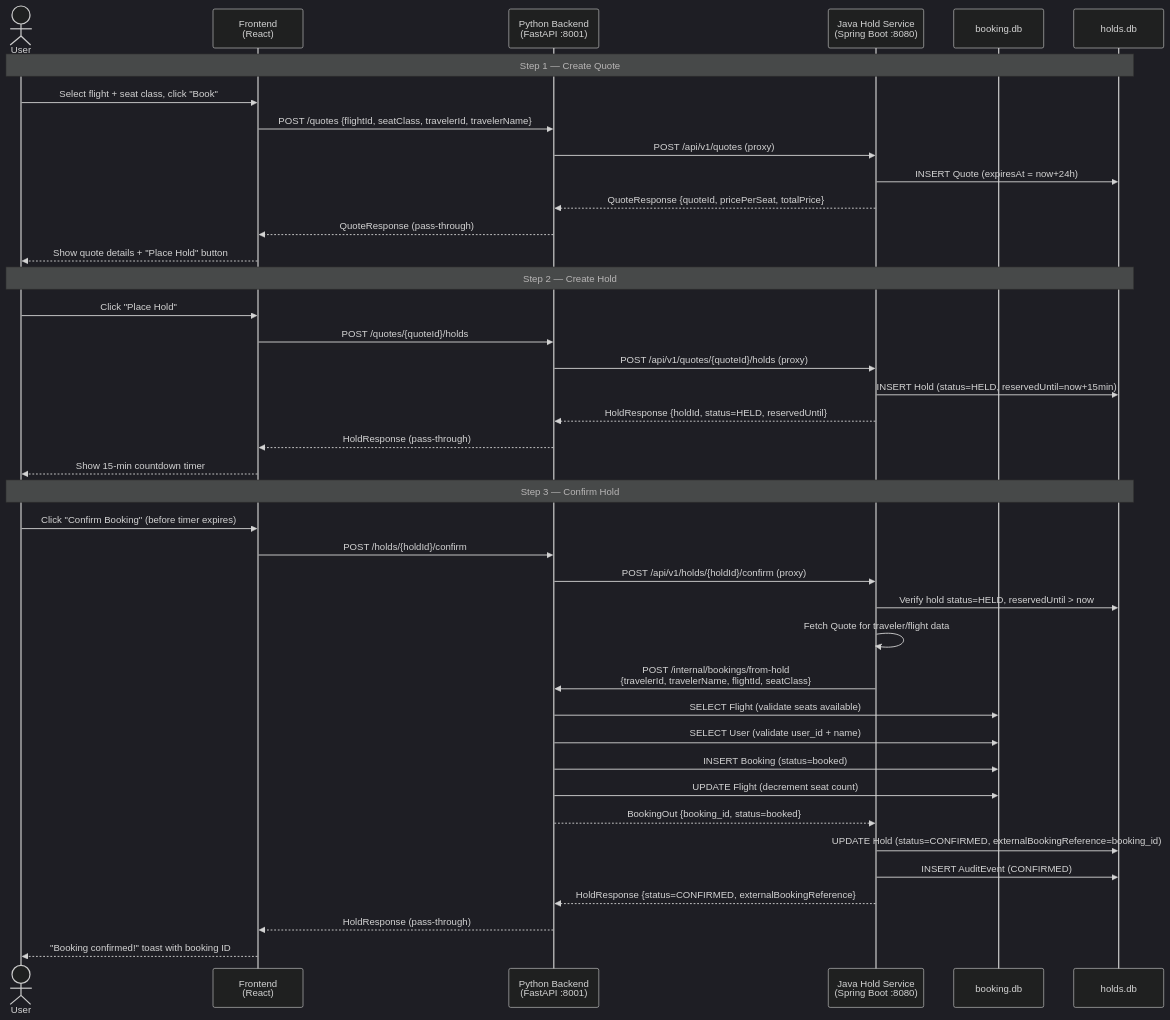
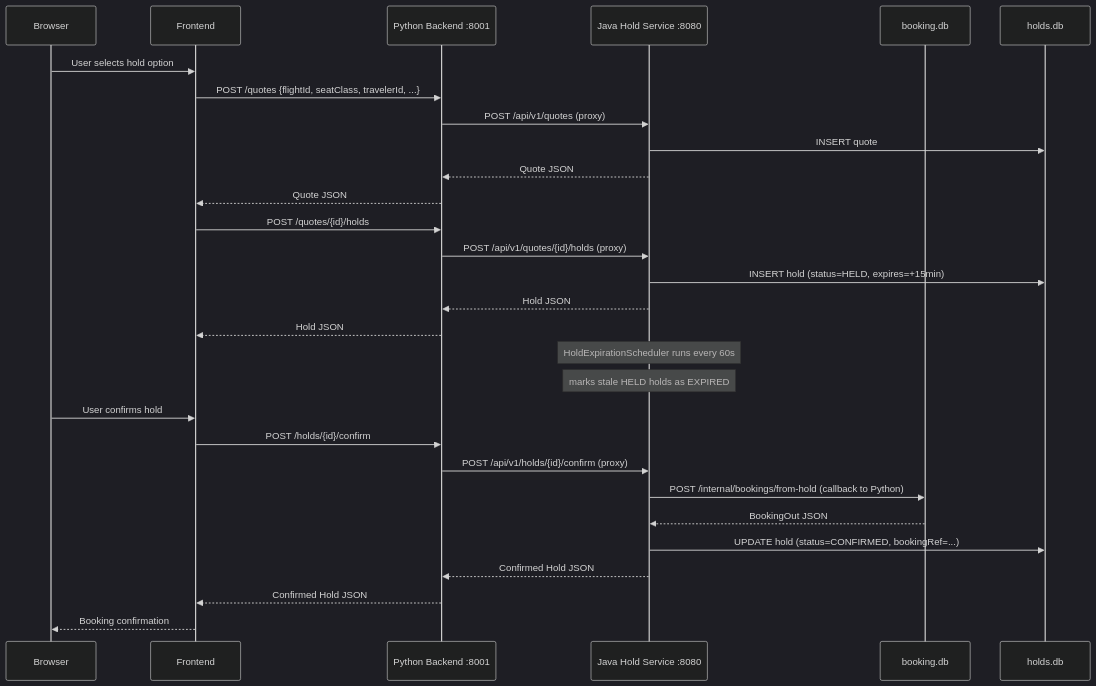
Before and after one commit to saravana-dev71/Onboarding-copilot: the fourth of 4 diagrams in docs/onboarding/architecture.md, drawn with Mermaid (dark theme). The commit also changed other lines of this file and 2 other files, not shown here.

````diff
--- a/docs/onboarding/architecture.md
+++ b/docs/onboarding/architecture.md
@@ -343,45 +147,35 @@
 ```mermaid
 sequenceDiagram
-    actor User
-    participant FE as Frontend<br/>(React)
-    participant PY as Python Backend<br/>(FastAPI :8001)
-    participant JV as Java Hold Service<br/>(Spring Boot :8080)
-    participant BDB as booking.db
-    participant HDB as holds.db
+    participant Browser
+    participant Frontend
+    participant Python as Python Backend :8001
+    participant Java as Java Hold Service :8080
+    participant BookingDB as booking.db
+    participant HoldDB as holds.db
 
-    Note over User,HDB: Step 1 — Create Quote
-    User->>FE: Select flight + seat class, click "Book"
-    FE->>PY: POST /quotes {flightId, seatClass, travelerId, travelerName}
-    PY->>JV: POST /api/v1/quotes (proxy)
-    JV->>HDB: INSERT Quote (expiresAt = now+24h)
-    JV-->>PY: QuoteResponse {quoteId, pricePerSeat, totalPrice}
-    PY-->>FE: QuoteResponse (pass-through)
-    FE-->>User: Show quote details + "Place Hold" button
+    Browser->>Frontend: User selects hold option
+    Frontend->>Python: POST /quotes {flightId, seatClass, travelerId, ...}
+    Python->>Java: POST /api/v1/quotes (proxy)
+    Java->>HoldDB: INSERT quote
+    Java-->>Python: Quote JSON
+    Python-->>Frontend: Quote JSON
 
-    Note over User,HDB: Step 2 — Create Hold
-    User->>FE: Click "Place Hold"
-    FE->>PY: POST /quotes/{quoteId}/holds
-    PY->>JV: POST /api/v1/quotes/{quoteId}/holds (proxy)
-    JV->>HDB: INSERT Hold (status=HELD, reservedUntil=now+15min)
-    JV-->>PY: HoldResponse {holdId, status=HELD, reservedUntil}
-    PY-->>FE: HoldResponse (pass-through)
-    FE-->>User: Show 15-min countdown timer
+    Frontend->>Python: POST /quotes/{id}/holds
+    Python->>Java: POST /api/v1/quotes/{id}/holds (proxy)
+    Java->>HoldDB: INSERT hold (status=HELD, expires=+15min)
+    Java-->>Python: Hold JSON
+    Python-->>Frontend: Hold JSON
 
-    Note over User,HDB: Step 3 — Confirm Hold
-    User->>FE: Click "Confirm Booking" (before timer expires)
-    FE->>PY: POST /holds/{holdId}/confirm
-    PY->>JV: POST /api/v1/holds/{holdId}/confirm (proxy)
-    JV->>HDB: Verify hold status=HELD, reservedUntil > now
-    JV->>JV: Fetch Quote for traveler/flight data
-    JV->>PY: POST /internal/bookings/from-hold<br/>{travelerId, travelerName, flightId, seatClass}
-    PY->>BDB: SELECT Flight (validate seats available)
-    PY->>BDB: SELECT User (validate user_id + name)
-    PY->>BDB: INSERT Booking (status=booked)
-    PY->>BDB: UPDATE Flight (decrement seat count)
-    PY-->>JV: BookingOut {booking_id, status=booked}
-    JV->>HDB: UPDATE Hold (status=CONFIRMED, externalBookingReference=booking_id)
-    JV->>HDB: INSERT AuditEvent (CONFIRMED)
-    JV-->>PY: HoldResponse {status=CONFIRMED, externalBookingReference}
-    PY-->>FE: HoldResponse (pass-through)
-    FE-->>User: "Booking confirmed!" toast with booking ID
+    Note over Java: HoldExpirationScheduler runs every 60s
+    Note over Java: marks stale HELD holds as EXPIRED
+
+    Browser->>Frontend: User confirms hold
+    Frontend->>Python: POST /holds/{id}/confirm
+    Python->>Java: POST /api/v1/holds/{id}/confirm (proxy)
+    Java->>BookingDB: POST /internal/bookings/from-hold (callback to Python)
+    BookingDB-->>Java: BookingOut JSON
+    Java->>HoldDB: UPDATE hold (status=CONFIRMED, bookingRef=...)
+    Java-->>Python: Confirmed Hold JSON
+    Python-->>Frontend: Confirmed Hold JSON
+    Frontend-->>Browser: Booking confirmation
 ```
````
